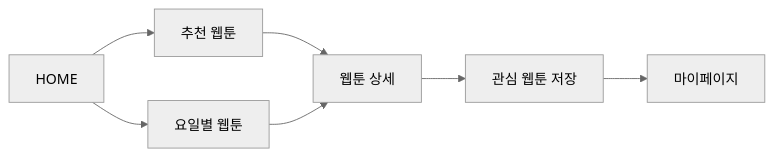
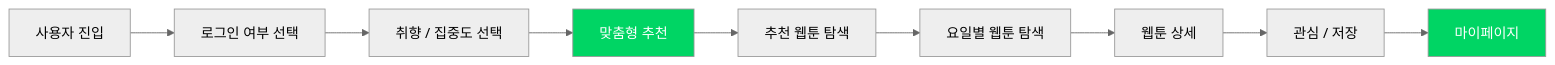
One commit to yujj9705/naver-webtoon changed the first of 7 diagrams in README.md. Above: the diagram before and after it, drawn with Mermaid (neutral theme). The commit also changed other lines of this file, not shown here.

````diff
--- a/README.md
+++ b/README.md
@@ -45,11 +49,23 @@
 ```mermaid
 flowchart LR
-    A[HOME] --> B[추천 웹툰]
-    A --> C[요일별 웹툰]
 
-    B --> D[웹툰 상세]
-    C --> D
+    A[사용자 진입]
+    --> B[로그인 여부 선택]
 
-    D --> E[관심 웹툰 저장]
-    E --> F[마이페이지]
+    B --> C[취향 / 집중도 선택]
+
+    C --> D[맞춤형 추천]
+
+    D --> E[추천 웹툰 탐색]
+
+    E --> F[요일별 웹툰 탐색]
+
+    F --> G[웹툰 상세]
+
+    G --> H[관심 / 저장]
+
+    H --> I[마이페이지]
+
+style D fill:#00D564,color:#fff
+style I fill:#00D564,color:#fff
 ```
````
